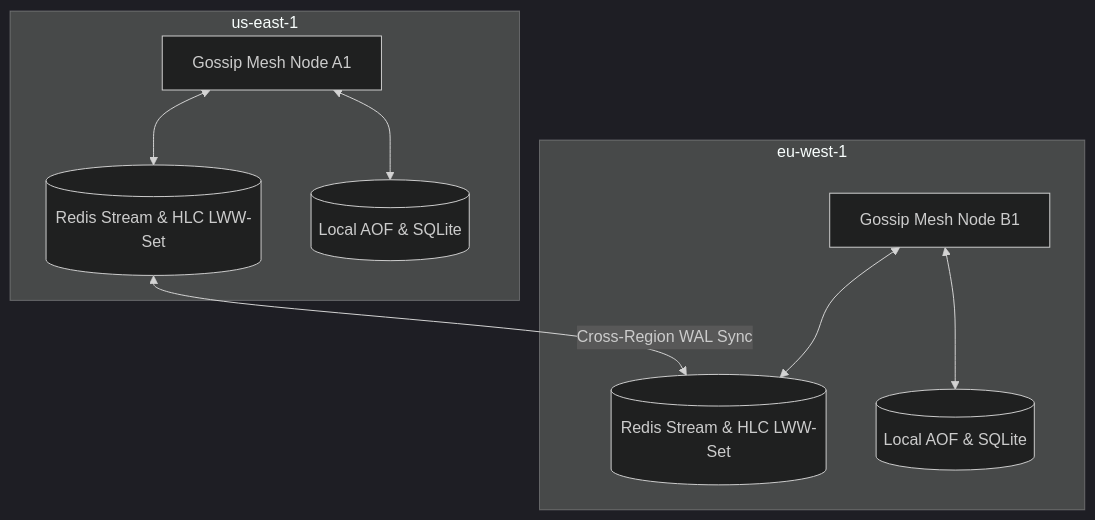
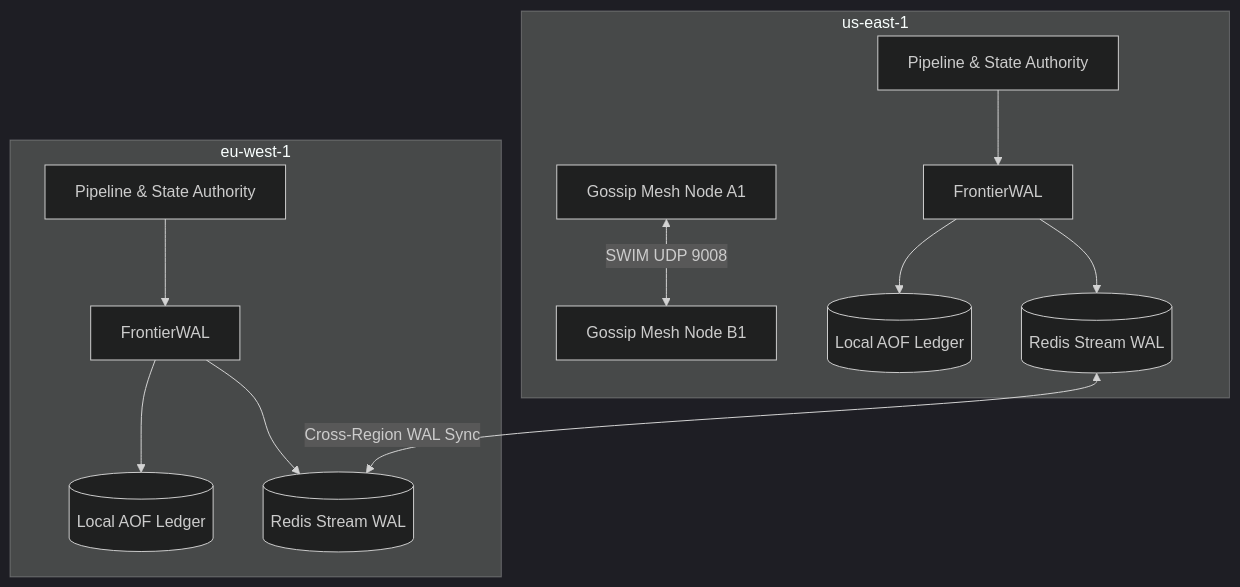
One commit to AviralGup7/Singularity-Zero changed the diagram in docs/multi-region.md. Above: the diagram before and after it, drawn with Mermaid (dark theme). The commit also changed 1 other file, not shown here.

Commit message:
docs: sync settlement intent flow and multi-region mesh diagrams with codebase

````diff
--- a/docs/multi-region.md
+++ b/docs/multi-region.md
@@ -11,12 +11,16 @@
 ```mermaid
 graph TD
     subgraph Region-A [us-east-1]
-        A_Mesh[Gossip Mesh Node A1] <--> A_Redis[(Redis Stream & HLC LWW-Set)]
-        A_Mesh <--> A_SQLite[(Local AOF & SQLite)]
+        A_Gossip[Gossip Mesh Node A1] <-->|SWIM UDP 9008| B_Gossip
+        A_Orch[Pipeline & State Authority] --> A_WAL[FrontierWAL]
+        A_WAL --> A_AOF[(Local AOF Ledger)]
+        A_WAL --> A_Redis[(Redis Stream WAL)]
     end
     subgraph Region-B [eu-west-1]
-        B_Mesh[Gossip Mesh Node B1] <--> B_Redis[(Redis Stream & HLC LWW-Set)]
-        B_Mesh <--> B_SQLite[(Local AOF & SQLite)]
+        B_Gossip[Gossip Mesh Node B1]
+        B_Orch[Pipeline & State Authority] --> B_WAL[FrontierWAL]
+        B_WAL --> B_AOF[(Local AOF Ledger)]
+        B_WAL --> B_Redis[(Redis Stream WAL)]
     end
     A_Redis <-->|Cross-Region WAL Sync| B_Redis
 ```
````
